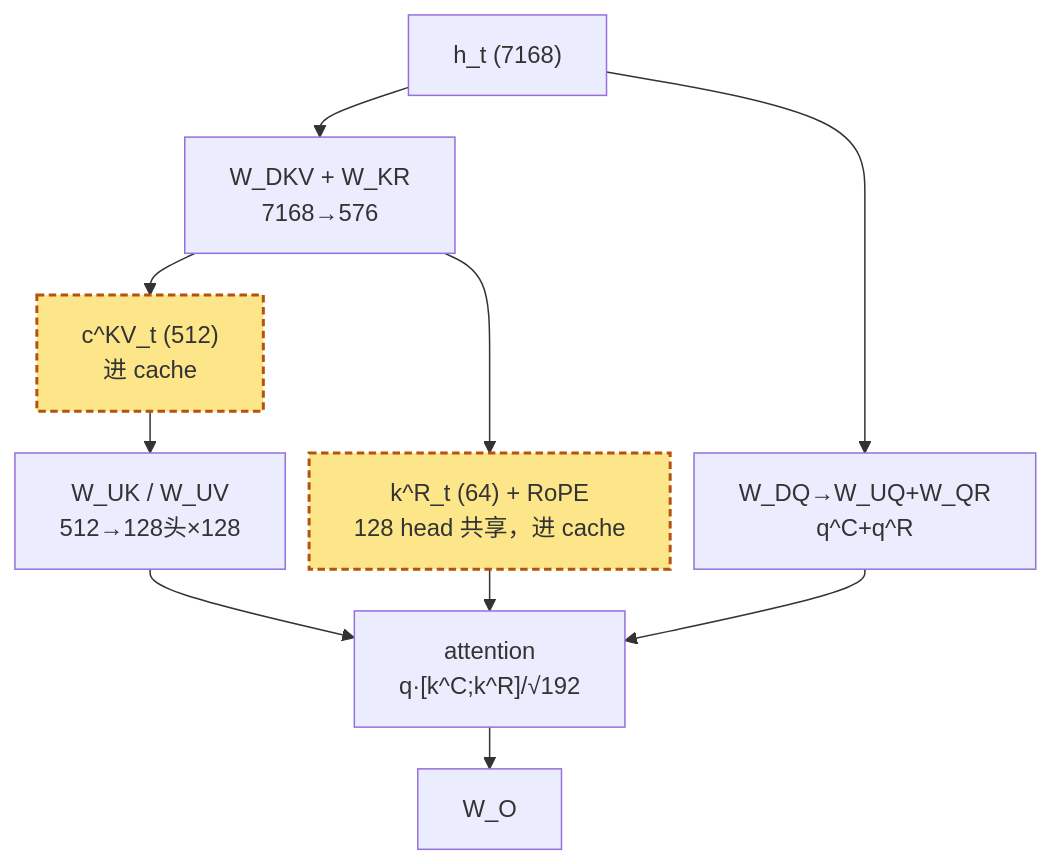
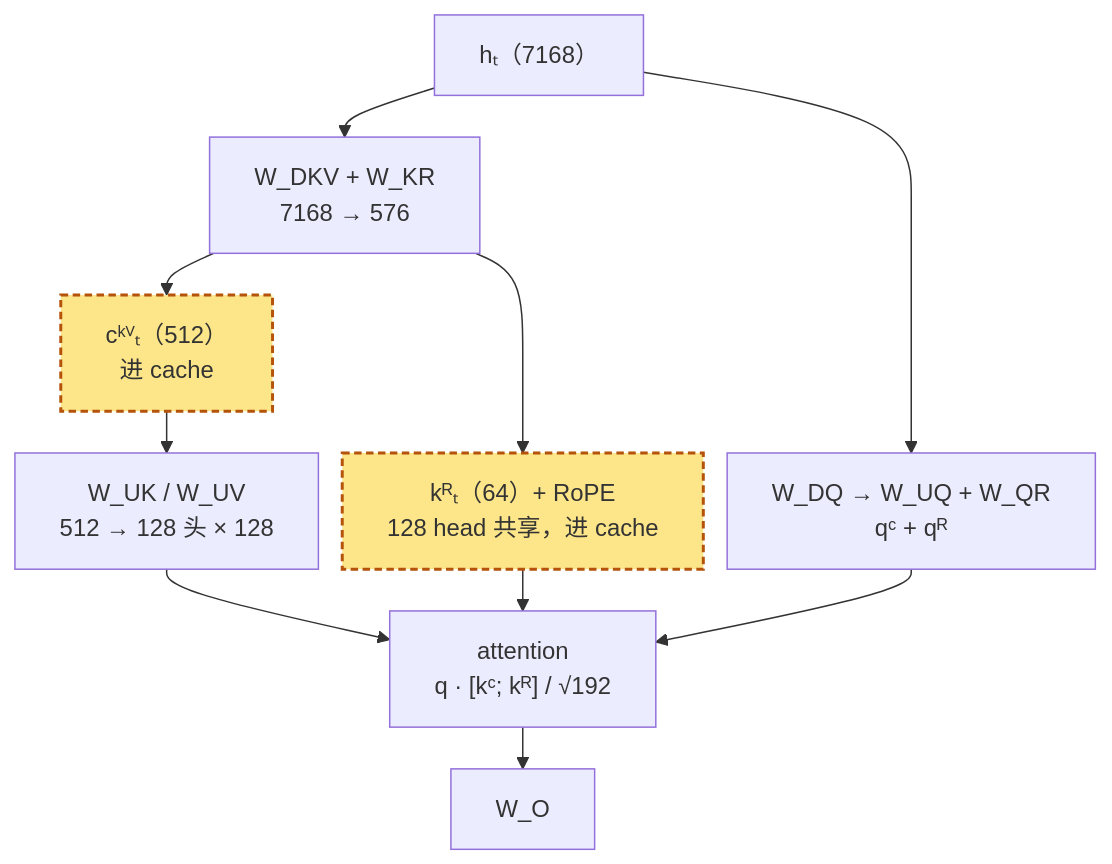
The first of 4 diagrams in slides/2026-04-09-modern-llm-architecture.md (arganzheng/arganzheng.github.com), drawn with Mermaid before and after one commit. The commit also changed other lines of this file, not shown here.

Commit message:
slides(2026-04-09-modern-llm-architecture): 图内文字 ≥14px——标签缩短/拆分/Unicode 数学

````diff
--- a/slides/2026-04-09-modern-llm-architecture.md
+++ b/slides/2026-04-09-modern-llm-architecture.md
@@ -108,14 +108,14 @@
 ```mermaid
 %%{init: {"flowchart": {"wrappingWidth": 260, "rankSpacing": 28, "nodeSpacing": 16}}}%%
 flowchart TB
-    H["h_t (7168)"] --> DKV["W_DKV + W_KR<br/>7168→576"]
-    DKV --> CKV["c^KV_t (512)<br/>进 cache"]
-    DKV --> KR["k^R_t (64) + RoPE<br/>128 head 共享，进 cache"]
-    CKV --> UKV["W_UK / W_UV<br/>512→128头×128"]
-    UKV --> ATT["attention<br/>q·[k^C;k^R]/√192"]
+    H["hₜ（7168）"] --> DKV["W_DKV + W_KR<br/>7168 → 576"]
+    DKV --> CKV["cᵏⱽₜ（512）<br/>进 cache"]
+    DKV --> KR["kᴿₜ（64）+ RoPE<br/>128 head 共享，进 cache"]
+    CKV --> UKV["W_UK / W_UV<br/>512 → 128 头 × 128"]
+    UKV --> ATT["attention<br/>q · [kᶜ; kᴿ] / √192"]
     KR --> ATT
-    H --> Q["W_DQ→W_UQ+W_QR<br/>q^C+q^R"] --> ATT
+    H --> Q["W_DQ → W_UQ + W_QR<br/>qᶜ + qᴿ"] --> ATT
     ATT --> WO["W_O"]
     classDef cache fill:#fde68a,stroke:#b45309,stroke-width:2px,stroke-dasharray:5 3
     class CKV,KR cache
 ```
````
